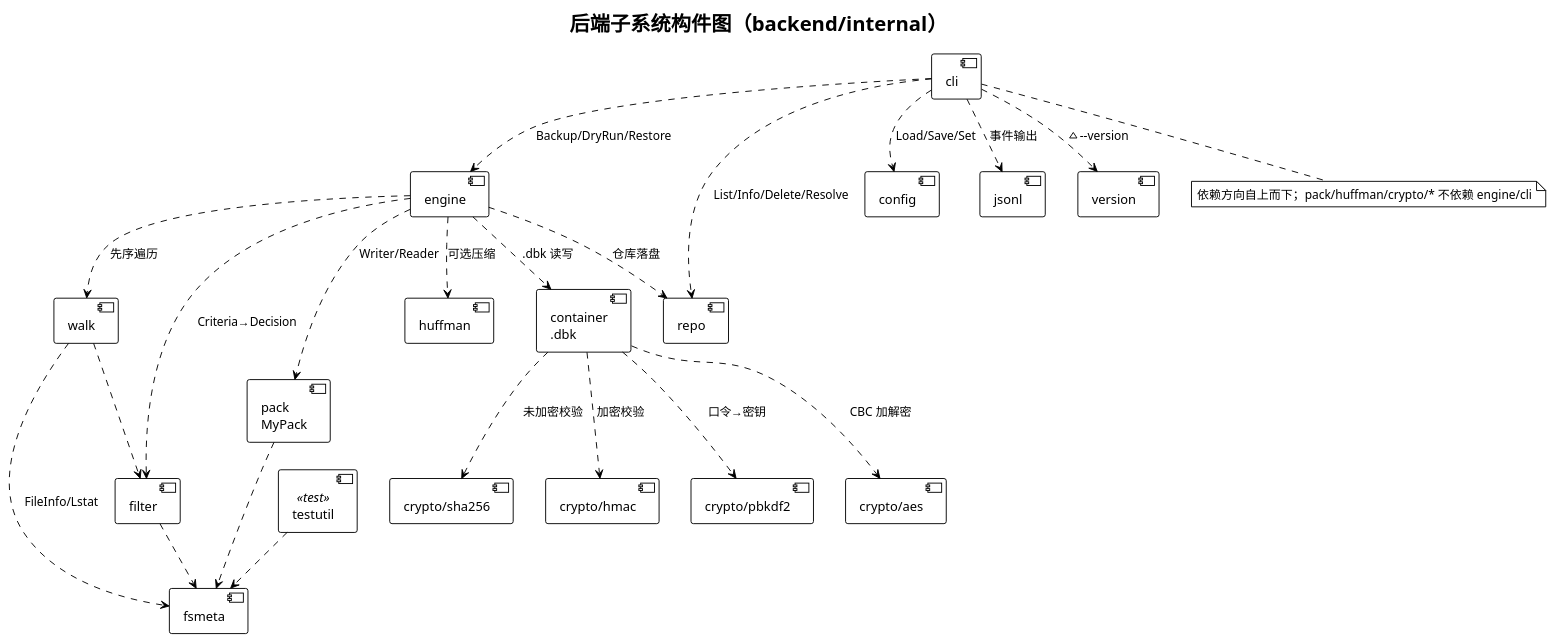
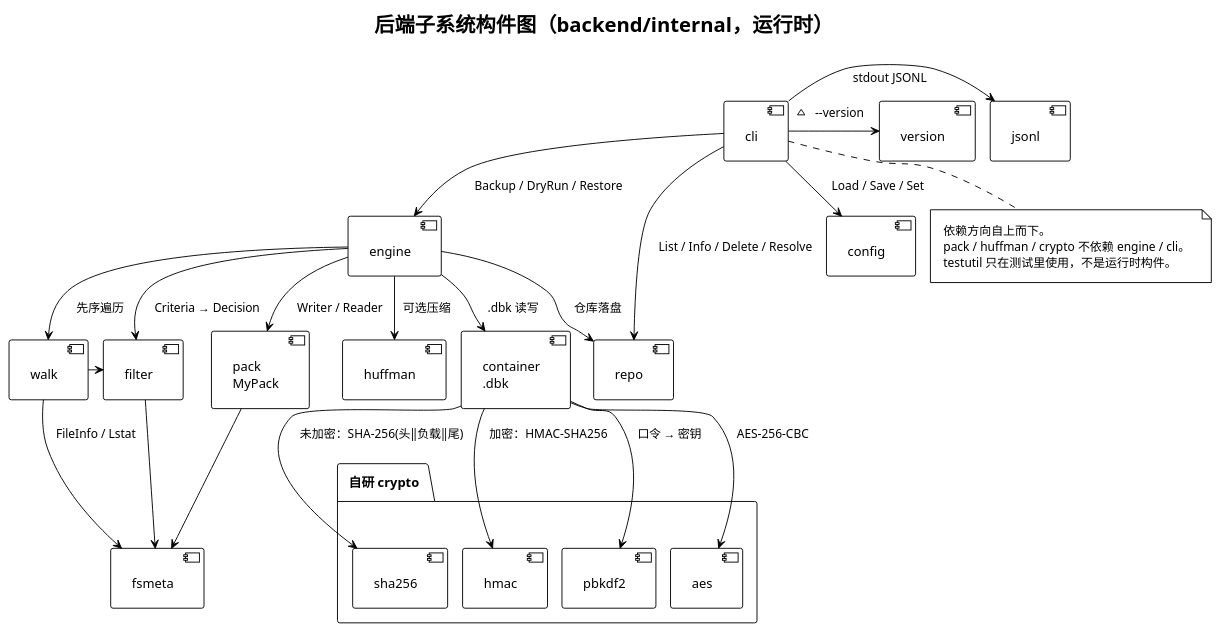
The diagram in docs/deliverables/diagrams/component-backend.puml (Piaoxuemoli/software-class-qoobeewang), drawn with PlantUML before and after one commit. The commit also changed 26 other files, not shown here.

```diff
--- a/docs/deliverables/diagrams/component-backend.puml
+++ b/docs/deliverables/diagrams/component-backend.puml
@@ -1,45 +1,53 @@
 @startuml component-backend
 !theme plain
-title 后端子系统构件图（backend/internal）
+skinparam nodesep 16
+skinparam ranksep 18
+skinparam padding 8
+top to bottom direction
+title 后端子系统构件图（backend/internal，运行时）
 
 [cli] as cli
 [engine] as engine
 [walk] as walk
 [filter] as filter
 [fsmeta] as fsmeta
 [pack\nMyPack] as pack
 [huffman] as huffman
-[crypto/sha256] as sha
-[crypto/hmac] as hmac
-[crypto/pbkdf2] as pbkdf2
-[crypto/aes] as aes
+package "自研 crypto" {
+  [sha256] as sha
+  [hmac] as hmac
+  [pbkdf2] as pbkdf2
+  [aes] as aes
+}
 [container\n.dbk] as container
 [repo] as repo
 [config] as config
 [jsonl] as jsonl
 [version] as version
-[testutil] as testutil <<test>>
 
-cli ..> engine : Backup/DryRun/Restore
-cli ..> repo : List/Info/Delete/Resolve
-cli ..> config : Load/Save/Set
-cli ..> jsonl : 事件输出
-cli ..> version : ~--version
-engine ..> walk : 先序遍历
-engine ..> filter : Criteria→Decision
-engine ..> pack : Writer/Reader
-engine ..> huffman : 可选压缩
-engine ..> container : .dbk 读写
-engine ..> repo : 仓库落盘
-walk ..> fsmeta : FileInfo/Lstat
-walk ..> filter
-pack ..> fsmeta
-container ..> sha : 未加密校验
-container ..> hmac : 加密校验
-container ..> pbkdf2 : 口令→密钥
-container ..> aes : CBC 加解密
-filter ..> fsmeta
-testutil ..> fsmeta
+cli -down-> engine : Backup / DryRun / Restore
+cli -down-> repo : List / Info / Delete / Resolve
+cli -down-> config : Load / Save / Set
+cli -right-> jsonl : stdout JSONL
+cli -right-> version : ~--version
+engine -down-> walk : 先序遍历
+engine -down-> filter : Criteria → Decision
+engine -down-> pack : Writer / Reader
+engine -down-> huffman : 可选压缩
+engine -down-> container : .dbk 读写
+engine -down-> repo : 仓库落盘
+walk -down-> fsmeta : FileInfo / Lstat
+walk -right-> filter
+pack -down-> fsmeta
+filter -down-> fsmeta
+container -down-> sha : 未加密：SHA-256(头‖负载‖尾)
+container -down-> hmac : 加密：HMAC-SHA256
+container -down-> pbkdf2 : 口令 → 密钥
+container -down-> aes : AES-256-CBC
 
-note bottom of cli : 依赖方向自上而下；pack/huffman/crypto/* 不依赖 engine/cli
+note bottom of cli
+  依赖方向自上而下。
+  pack / huffman / crypto 不依赖 engine / cli。
+  testutil 只在测试里使用，不是运行时构件。
+end note
 @enduml
```
